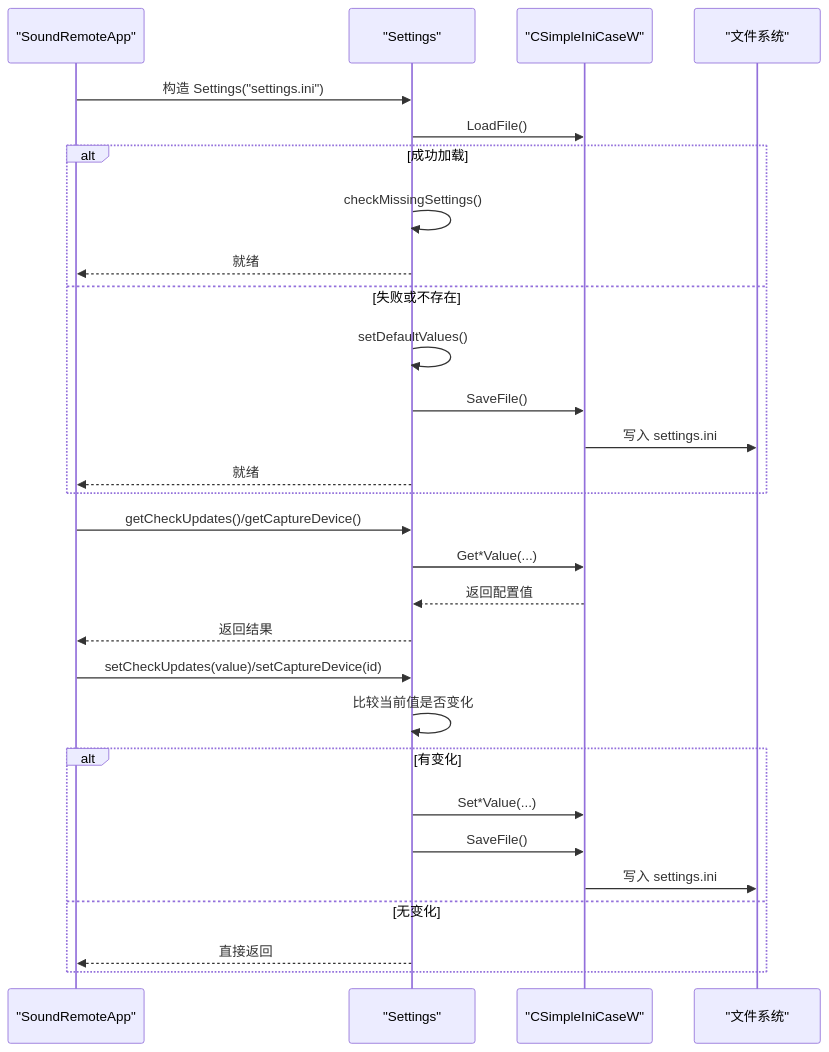
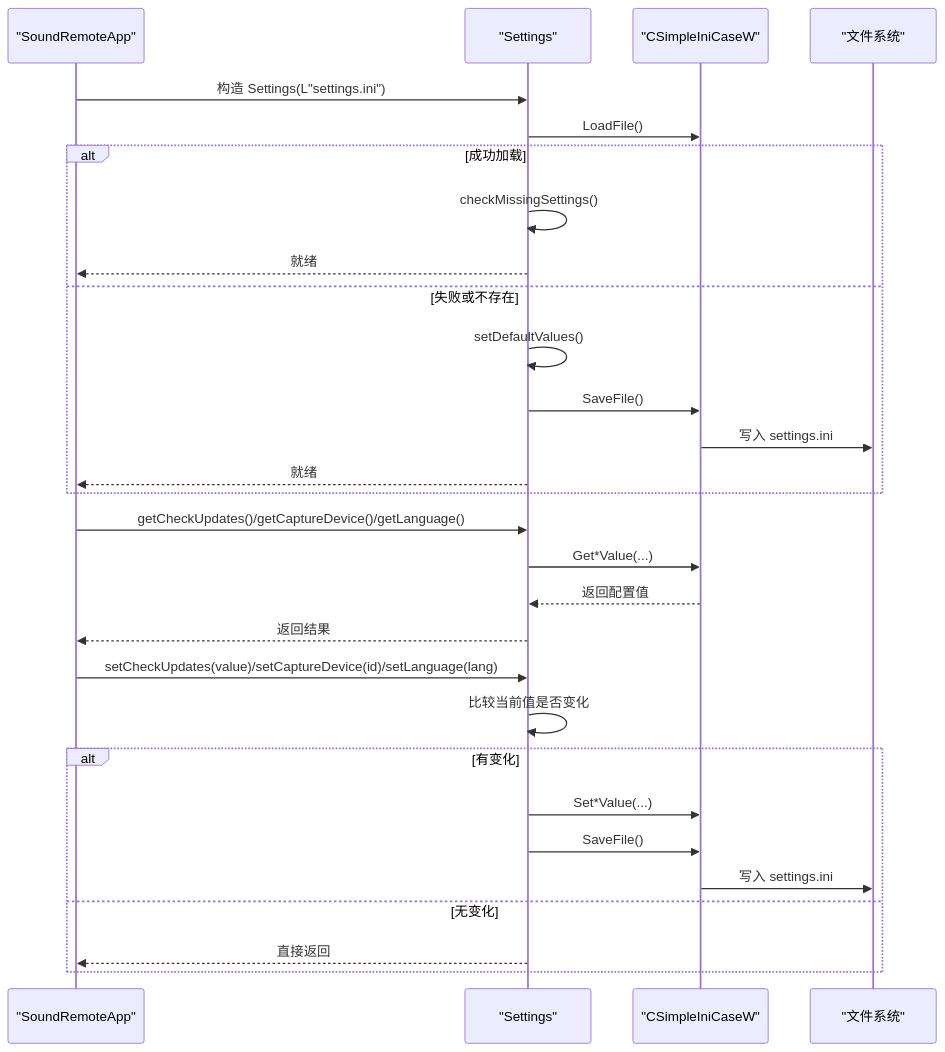
The second of 7 diagrams in .qoder/repowiki/zh/content/核心模块/配置管理模块.md (tea4go/SoundRemote-WinServer), drawn with Mermaid before and after one commit. The commit also changed other lines of this file and 11 other files, not shown here.

````diff
--- a/.qoder/repowiki/zh/content/核心模块/配置管理模块.md
+++ b/.qoder/repowiki/zh/content/核心模块/配置管理模块.md
@@ -79,31 +92,31 @@
 ```mermaid
 sequenceDiagram
 participant App as "SoundRemoteApp"
 participant S as "Settings"
 participant INI as "CSimpleIniCaseW"
 participant FS as "文件系统"
-App->>S : 构造 Settings("settings.ini")
+App->>S : 构造 Settings(L"settings.ini")
 S->>INI : LoadFile()
 alt 成功加载
 S->>S : checkMissingSettings()
 S-->>App : 就绪
 else 失败或不存在
 S->>S : setDefaultValues()
 S->>INI : SaveFile()
 INI->>FS : 写入 settings.ini
 S-->>App : 就绪
 end
-App->>S : getCheckUpdates()/getCaptureDevice()
+App->>S : getCheckUpdates()/getCaptureDevice()/getLanguage()
 S->>INI : Get*Value(...)
 INI-->>S : 返回配置值
 S-->>App : 返回结果
-App->>S : setCheckUpdates(value)/setCaptureDevice(id)
+App->>S : setCheckUpdates(value)/setCaptureDevice(id)/setLanguage(lang)
 S->>S : 比较当前值是否变化
 alt 有变化
 S->>INI : Set*Value(...)
 S->>INI : SaveFile()
 INI->>FS : 写入 settings.ini
 else 无变化
 S-->>App : 直接返回
 end
 ```
````
